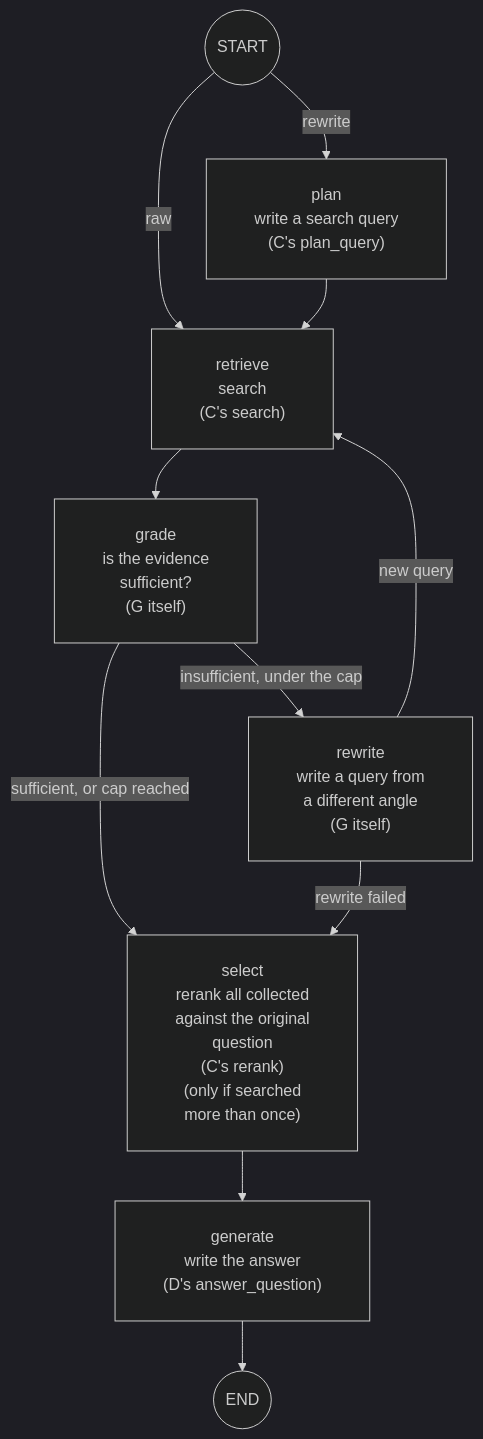
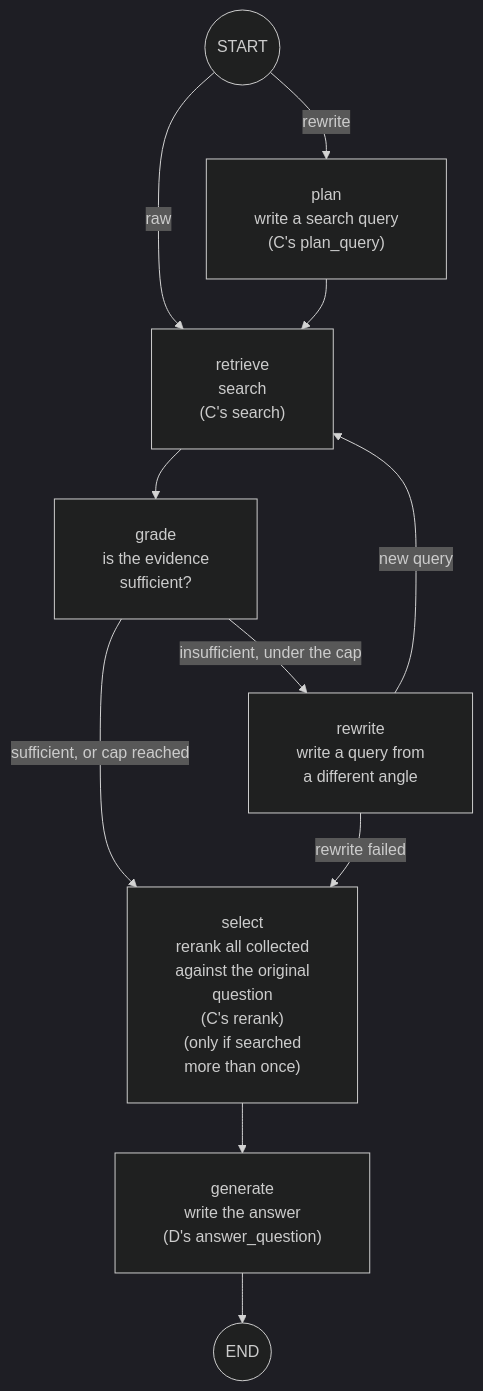
The third of 3 diagrams in README_en.md (satoshi-abe-dev/silo-rag), drawn with Mermaid (dark theme) before and after one commit. The commit also changed other lines of this file and 1 other file, not shown here.

Commit message:
Drop the redundant 'G itself' marks from the agent flow diagram
A step with no (C's ...) or (D's ...) mark already means it lives only in G,
so the explicit mark was redundant. Say that in the note under the diagram.

````diff
--- a/README_en.md
+++ b/README_en.md
@@ -234,14 +234,14 @@
 ```mermaid
 %%{init: {"flowchart": {"padding": 24, "wrappingWidth": 400}}}%%
 graph TD
     S((START)) -->|raw| R["retrieve<br/>search<br/>(C's search)"]
     S -->|rewrite| P["plan<br/>write a search query<br/>(C's plan_query)"]
     P --> R
-    R --> J["grade<br/>is the evidence<br/>sufficient?<br/>(G itself)"]
+    R --> J["grade<br/>is the evidence<br/>sufficient?"]
     J -->|sufficient, or cap reached| SEL["select<br/>rerank all collected<br/>against the original<br/>question<br/>(C's rerank)<br/>(only if searched<br/>more than once)"]
-    J -->|insufficient, under the cap| W["rewrite<br/>write a query from<br/>a different angle<br/>(G itself)"]
+    J -->|insufficient, under the cap| W["rewrite<br/>write a query from<br/>a different angle"]
     W -->|new query| R
     W -->|rewrite failed| SEL
     SEL --> G["generate<br/>write the answer<br/>(D's answer_question)"]
     G --> X((END))
 ```
````
